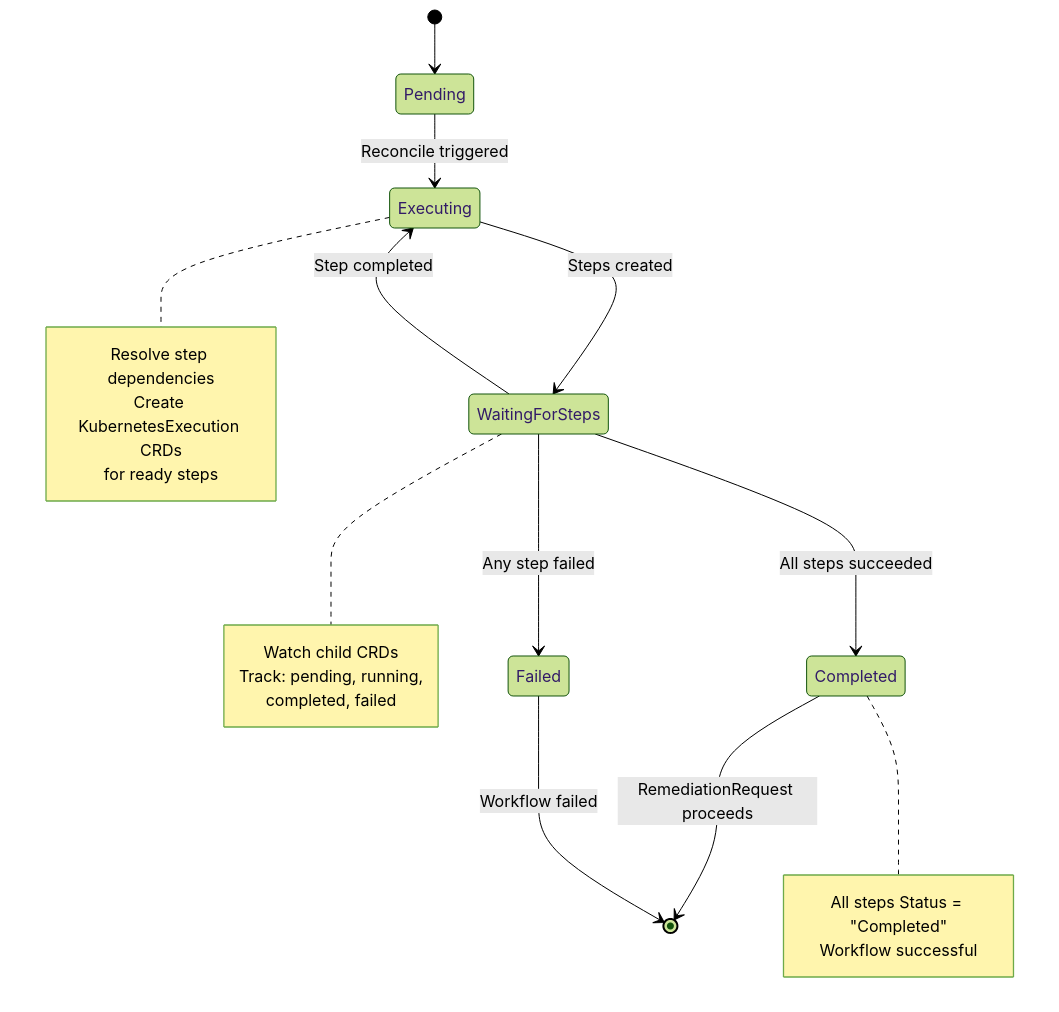
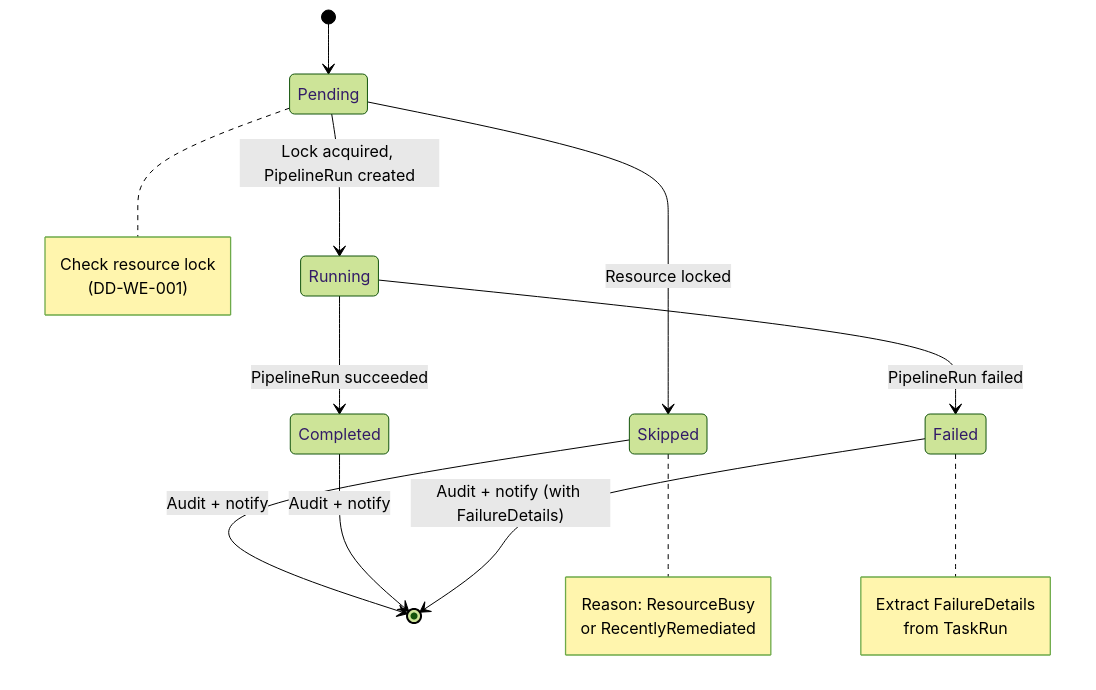
One commit to jordigilh/kubernaut changed the third of 3 diagrams in docs/services/crd-controllers/03-workflowexecution/overview.md. Above: the diagram before and after it, drawn with Mermaid (forest theme). The commit also changed other lines of this file and 16 other files, not shown here.

First line of the commit message:
docs(workflowexecution): update for Tekton architecture and single-workflow model

````diff
--- a/docs/services/crd-controllers/03-workflowexecution/overview.md
+++ b/docs/services/crd-controllers/03-workflowexecution/overview.md
@@ -202,28 +180,26 @@
 ```mermaid
 stateDiagram-v2
     [*] --> Pending
-    Pending --> Executing: Reconcile triggered
-    Executing --> WaitingForSteps: Steps created
-    WaitingForSteps --> Executing: Step completed
-    WaitingForSteps --> Completed: All steps succeeded
-    WaitingForSteps --> Failed: Any step failed
-    Completed --> [*]: RemediationRequest proceeds
-    Failed --> [*]: Workflow failed
+    Pending --> Skipped: Resource locked
+    Pending --> Running: Lock acquired, PipelineRun created
+    Running --> Completed: PipelineRun succeeded
+    Running --> Failed: PipelineRun failed
+    Skipped --> [*]: Audit + notify
+    Completed --> [*]: Audit + notify
+    Failed --> [*]: Audit + notify (with FailureDetails)
 
-    note right of Executing
-        Resolve step dependencies
-        Create KubernetesExecution CRDs
-        for ready steps
+    note right of Pending
+        Check resource lock
+        (DD-WE-001)
     end note
 
-    note right of WaitingForSteps
-        Watch child CRDs
-        Track: pending, running,
-        completed, failed
+    note right of Skipped
+        Reason: ResourceBusy
+        or RecentlyRemediated
     end note
 
-    note right of Completed
-        All steps Status = "Completed"
-        Workflow successful
+    note right of Failed
+        Extract FailureDetails
+        from TaskRun
     end note
 ```
````
